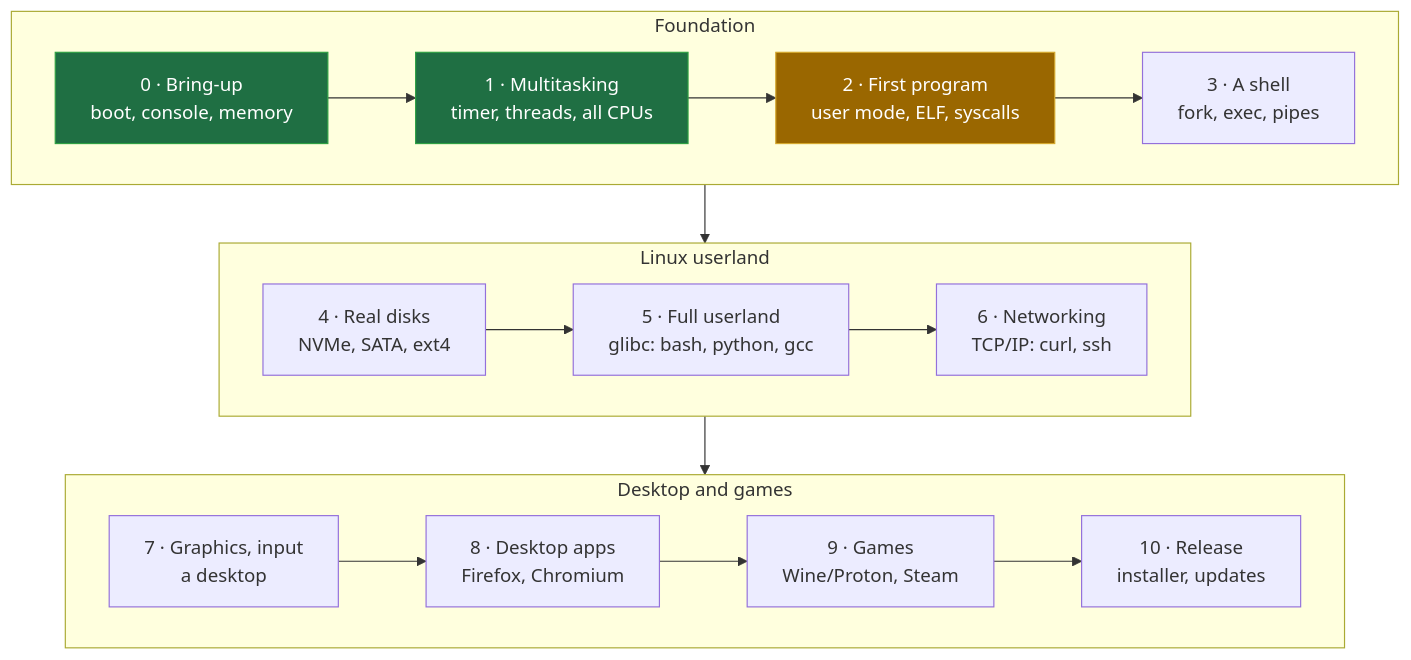
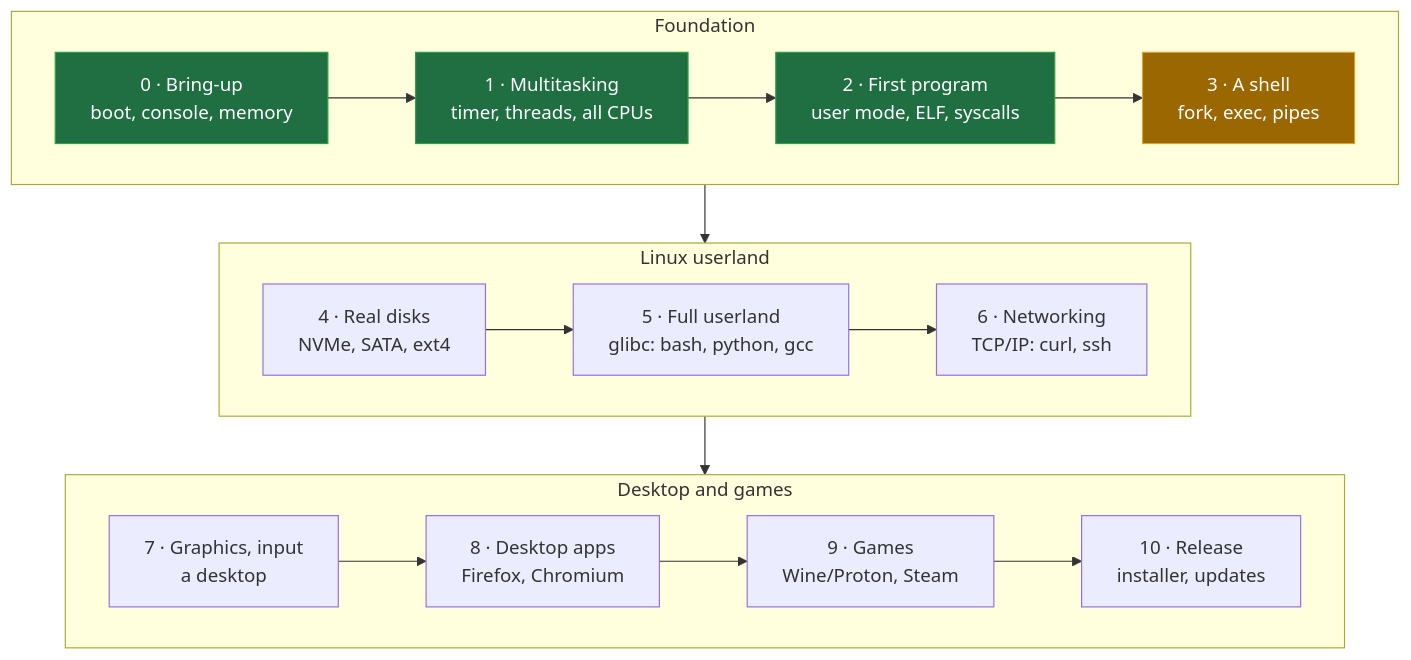
One commit to SegMind25/SegOS changed the fifth of 5 diagrams in README.md. Above: the diagram before and after it, drawn with Mermaid. The commit also changed other lines of this file and 50 other files, not shown here.

````diff
--- a/README.md
+++ b/README.md
@@ -117,18 +160,18 @@
 ```mermaid
 flowchart TB
     subgraph F["Foundation"]
         direction LR
-        P0["0 · Bring-up<br/>boot, console, memory"]:::done --> P1["1 · Multitasking<br/>timer, threads, all CPUs"]:::done --> P2["2 · First program<br/>user mode, ELF, syscalls"]:::next --> P3["3 · A shell<br/>fork, exec, pipes"]
+        P0["0 · Bring-up<br/>boot, console, memory"]:::done --> P1["1 · Multitasking<br/>timer, threads, all CPUs"]:::done --> P2["2 · First program<br/>user mode, ELF, syscalls"]:::done --> P3["3 · A shell<br/>fork, exec, pipes"]:::next
     end
     subgraph L["Linux userland"]
         direction LR
         P4["4 · Real disks<br/>NVMe, SATA, ext4"] --> P5["5 · Full userland<br/>glibc: bash, python, gcc"] --> P6["6 · Networking<br/>TCP/IP: curl, ssh"]
     end
     subgraph D["Desktop and games"]
         direction LR
         P7["7 · Graphics, input<br/>a desktop"] --> P8["8 · Desktop apps<br/>Firefox, Chromium"] --> P9["9 · Games<br/>Wine/Proton, Steam"] --> P10["10 · Release<br/>installer, updates"]
     end
     F --> L --> D
     classDef done fill:#1f6f43,stroke:#2ea043,color:#fff
     classDef next fill:#9a6700,stroke:#d4a72c,color:#fff
 ```
````
